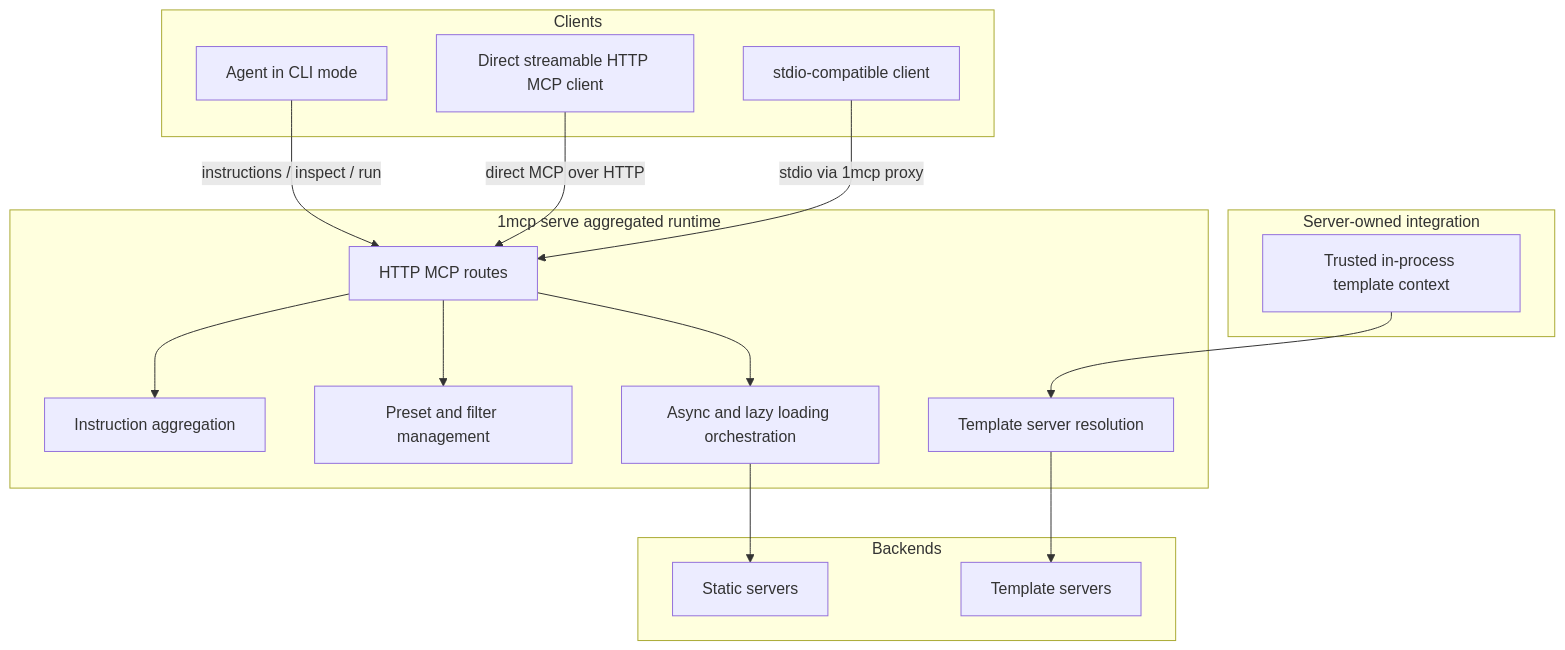
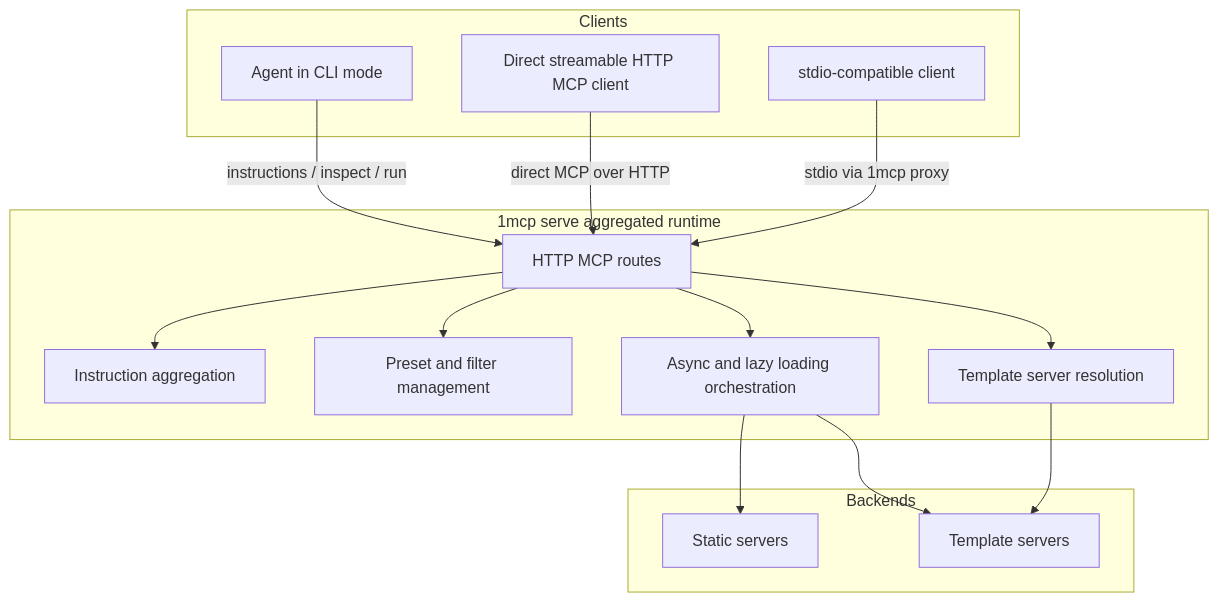
The diagram in docs/en/reference/architecture.md (1mcp-app/agent), drawn with Mermaid before and after one commit. The commit also changed other lines of this file and 68 other files, not shown here.

````diff
--- a/docs/en/reference/architecture.md
+++ b/docs/en/reference/architecture.md
@@ -33,35 +33,32 @@
 ```mermaid
 flowchart TB
     subgraph Clients
         A1[Agent in CLI mode]
         A2[Direct streamable HTTP MCP client]
         A3[stdio-compatible client]
-    end
-
-    subgraph Trusted["Server-owned integration"]
-        T1[Trusted in-process template context]
     end
 
     subgraph Runtime["1mcp serve aggregated runtime"]
         B1[HTTP MCP routes]
         B2[Instruction aggregation]
         B3[Preset and filter management]
         B4[Async and lazy loading orchestration]
         B5[Template server resolution]
     end
 
     subgraph Backends
         C1[Static servers]
         C2[Template servers]
     end
 
     A1 -->|instructions / inspect / run| B1
     A2 -->|direct MCP over HTTP| B1
     A3 -->|stdio via 1mcp proxy| B1
     B1 --> B2
     B1 --> B3
     B1 --> B4
-    T1 --> B5
+    B1 --> B5
     B5 --> C2
     B4 --> C1
+    B4 --> C2
 ```
````
